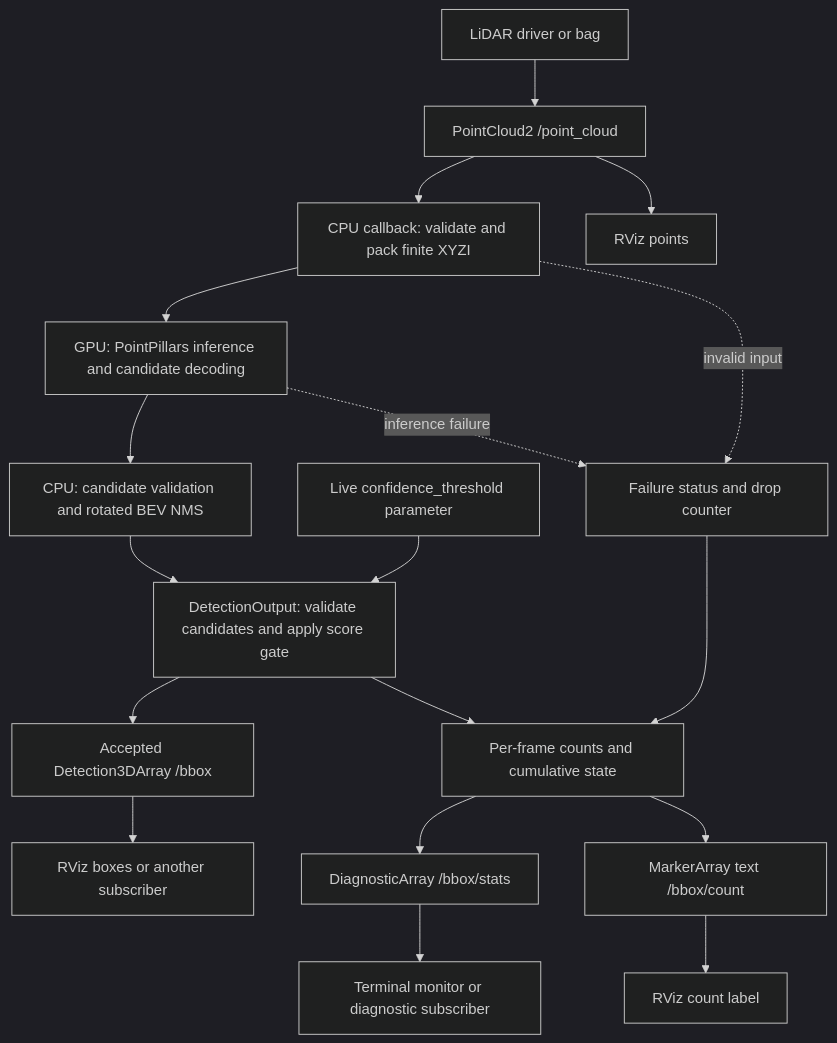
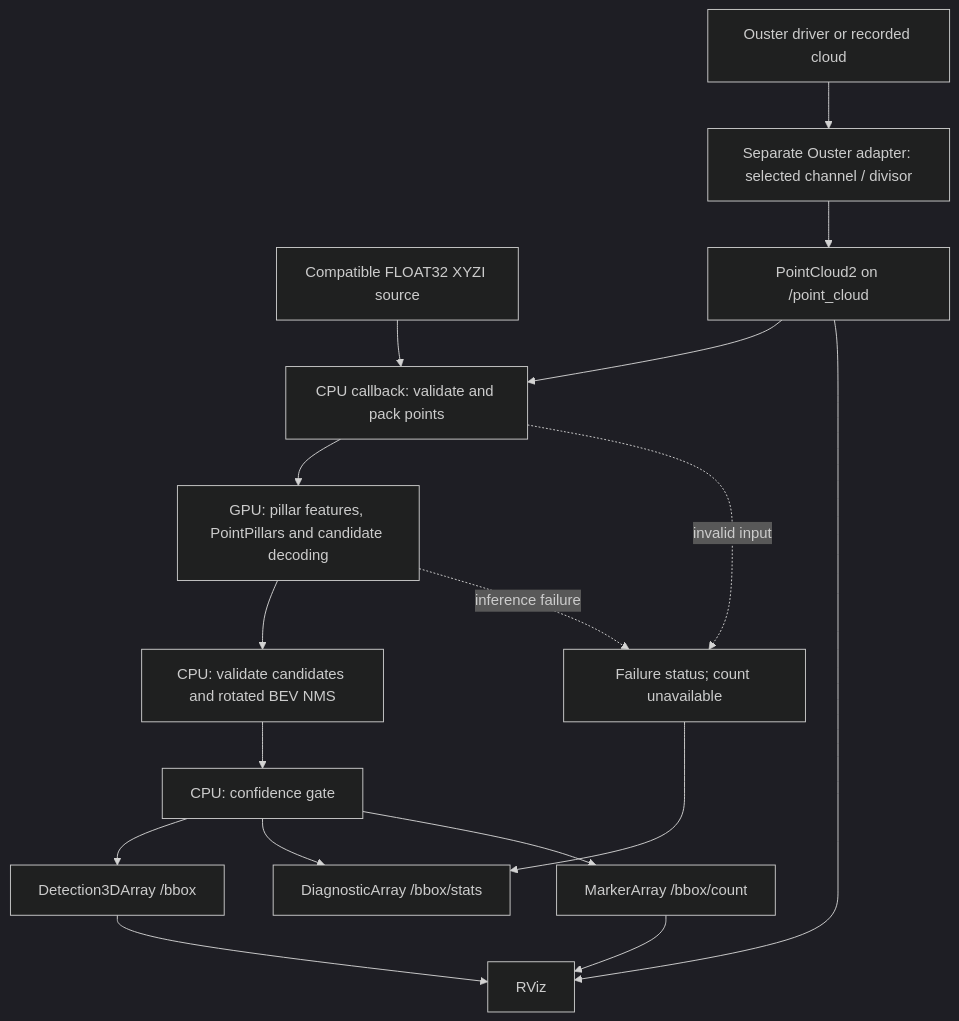
One commit to AhmedAliMohammed1/MasterThesis changed the diagram in IMPLEMENTATION_ARCHITECTURE.md. Above: the diagram before and after it, drawn with Mermaid (dark theme). The commit also changed other lines of this file and 182 other files, not shown here.

First line of the commit message:
Publish PointPillars verification and experimental candidate workflow

````diff
--- a/IMPLEMENTATION_ARCHITECTURE.md
+++ b/IMPLEMENTATION_ARCHITECTURE.md
@@ -18,20 +11,19 @@
 ```mermaid
 flowchart TD
-    A[LiDAR driver or bag] --> B[PointCloud2 /point_cloud]
-    B --> C[CPU callback: validate and pack finite XYZI]
-    C --> D[GPU: PointPillars inference and candidate decoding]
-    D --> E[CPU: candidate validation and rotated BEV NMS]
-    E --> F[DetectionOutput: validate candidates and apply score gate]
-    P[Live confidence_threshold parameter] --> F
-    F --> G[Accepted Detection3DArray /bbox]
-    F --> H[Per-frame counts and cumulative state]
-    H --> I[DiagnosticArray /bbox/stats]
-    H --> J[MarkerArray text /bbox/count]
-    B --> K[RViz points]
-    G --> L[RViz boxes or another subscriber]
-    J --> M[RViz count label]
-    I --> N[Terminal monitor or diagnostic subscriber]
-    C -. invalid input .-> X[Failure status and drop counter]
-    D -. inference failure .-> X
-    X --> H
+    O[Ouster driver or recorded cloud] --> A[Separate Ouster adapter: selected channel / divisor]
+    X[Compatible FLOAT32 XYZI source] --> C[CPU callback: validate and pack points]
+    A --> P[PointCloud2 on /point_cloud]
+    P --> C
+    C --> G[GPU: pillar features, PointPillars and candidate decoding]
+    G --> N[CPU: validate candidates and rotated BEV NMS]
+    N --> F[CPU: confidence gate]
+    F --> B[Detection3DArray /bbox]
+    F --> S[DiagnosticArray /bbox/stats]
+    F --> M[MarkerArray /bbox/count]
+    P --> R[RViz]
+    B --> R
+    M --> R
+    C -. invalid input .-> E[Failure status; count unavailable]
+    G -. inference failure .-> E
+    E --> S
 ```
````
